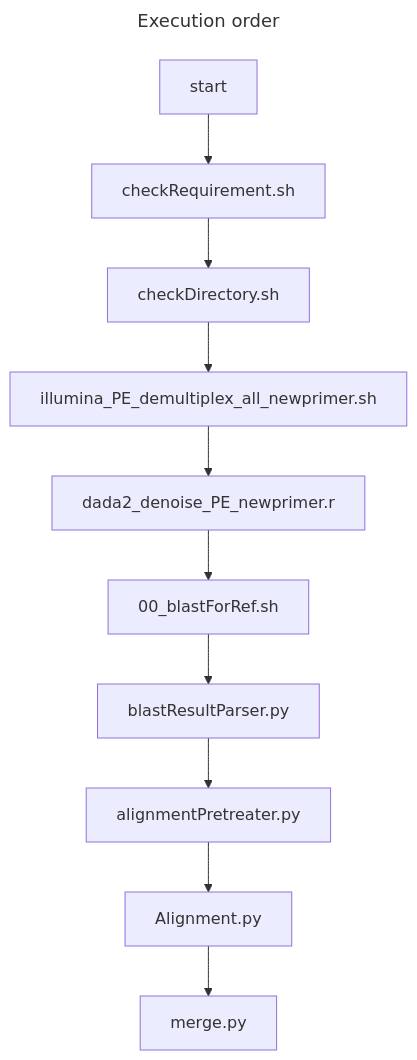
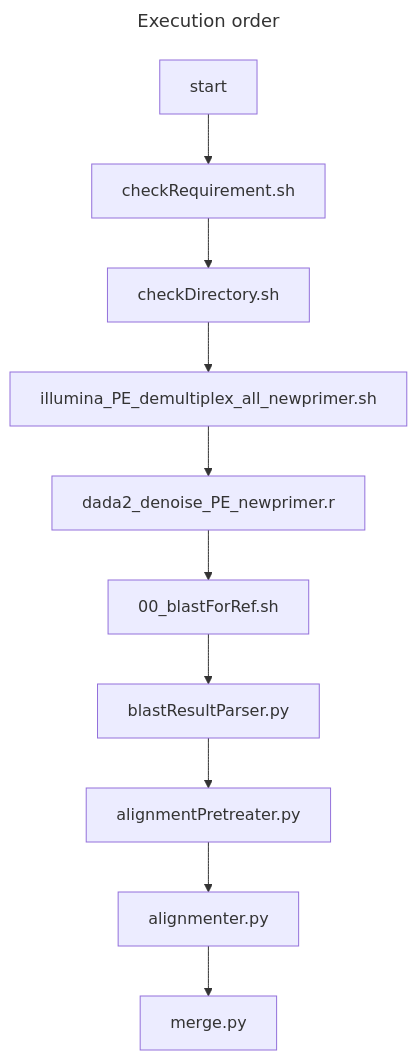
The first of 2 diagrams in main/readme.md (PowerBarcoder/PowerBarcoder), drawn with Mermaid before and after one commit. The commit also changed other lines of this file and 6 other files, not shown here.

````diff
--- a/main/readme.md
+++ b/main/readme.md
@@ -60,15 +60,15 @@
 ```mermaid
 ---
 title: Execution order
 ---
  graph TD
     A[start] -->B[checkRequirement.sh]
     B --> C[checkDirectory.sh]
     C --> D[illumina_PE_demultiplex_all_newprimer.sh]
     D --> E[dada2_denoise_PE_newprimer.r]
     E --> F[00_blastForRef.sh]
     F --> G[blastResultParser.py]
     G --> H[alignmentPretreater.py]
-    H --> I[Alignment.py]
+    H --> I[alignmenter.py]
     I --> J[merge.py]
 ```
````
